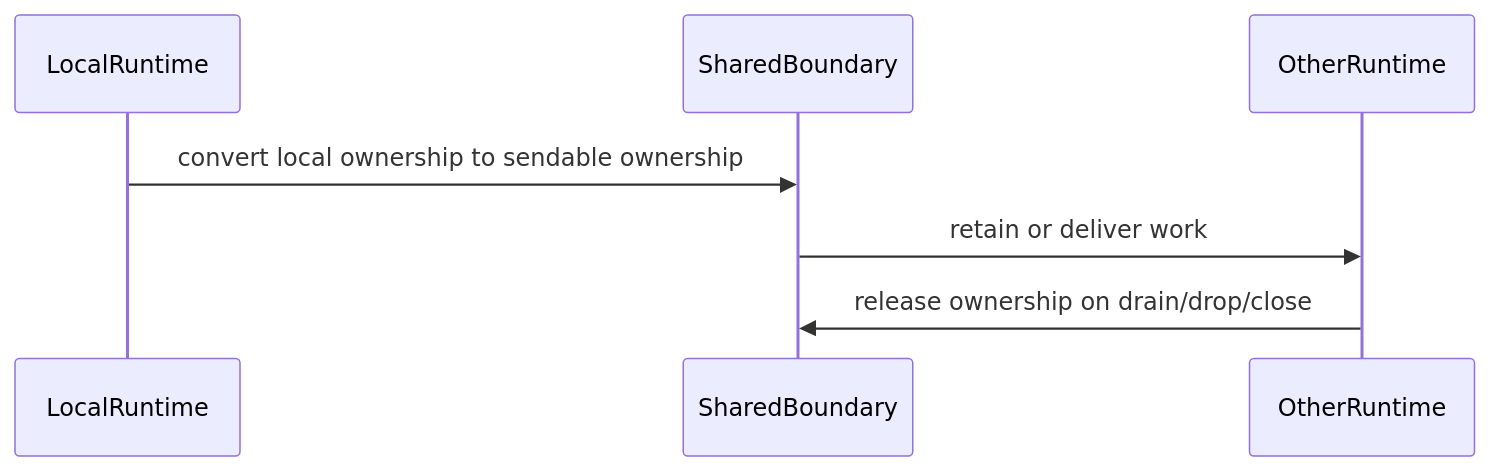
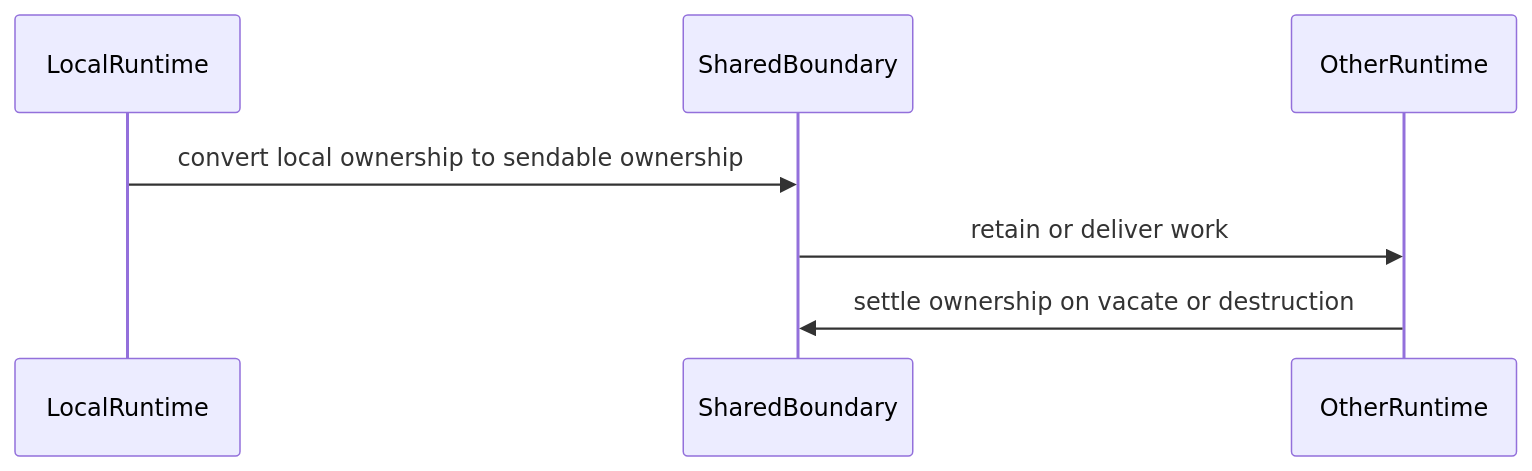
The fourth of 4 diagrams in rust/otap-dataflow/docs/observe-only-retained-work-accounting.md (open-telemetry/otel-arrow), drawn with Mermaid before and after one commit. The commit also changed other lines of this file and 1 other file, not shown here.

````diff
--- a/rust/otap-dataflow/docs/observe-only-retained-work-accounting.md
+++ b/rust/otap-dataflow/docs/observe-only-retained-work-accounting.md
@@ -177,9 +177,9 @@
 ```mermaid
 sequenceDiagram
     participant LocalRuntime
     participant SharedBoundary
     participant OtherRuntime
     LocalRuntime->>SharedBoundary: convert local ownership to sendable ownership
     SharedBoundary->>OtherRuntime: retain or deliver work
-    OtherRuntime->>SharedBoundary: release ownership on drain/drop/close
+    OtherRuntime->>SharedBoundary: settle ownership on vacate or destruction
 ```
````
